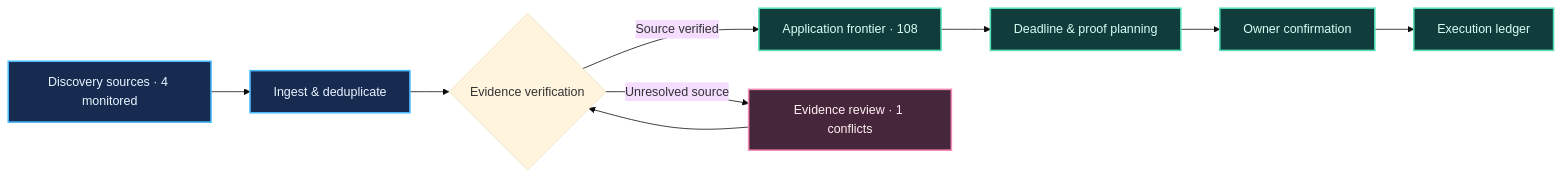
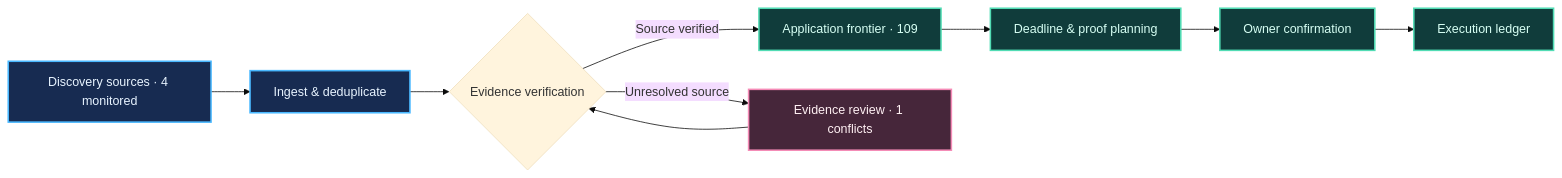
The diagram in docs/diagrams/pipeline.mmd (Armanasq/phd_tracker), drawn with Mermaid (base theme) before and after one commit. The commit also changed 33 other files, not shown here.

```diff
--- a/docs/diagrams/pipeline.mmd
+++ b/docs/diagrams/pipeline.mmd
@@ -1,15 +1,15 @@
 flowchart LR
     A["Discovery sources · 4 monitored"] --> B["Ingest & deduplicate"]
     B --> C{"Evidence verification"}
-    C -->|"Source verified"| D["Application frontier · 108"]
+    C -->|"Source verified"| D["Application frontier · 109"]
     C -->|"Unresolved source"| E["Evidence review · 1 conflicts"]
     E --> C
     D --> F["Deadline & proof planning"]
     F --> G["Owner confirmation"]
     G --> H["Execution ledger"]
     classDef source fill:#172b51,color:#e8f4ff,stroke:#49b8ff,stroke-width:2px
     classDef verified fill:#103c3b,color:#d7fff4,stroke:#51dcb4,stroke-width:2px
     classDef attention fill:#46263a,color:#fff0f3,stroke:#f58bb7,stroke-width:2px
     class A,B source
     class D,F,G,H verified
     class E attention
```
